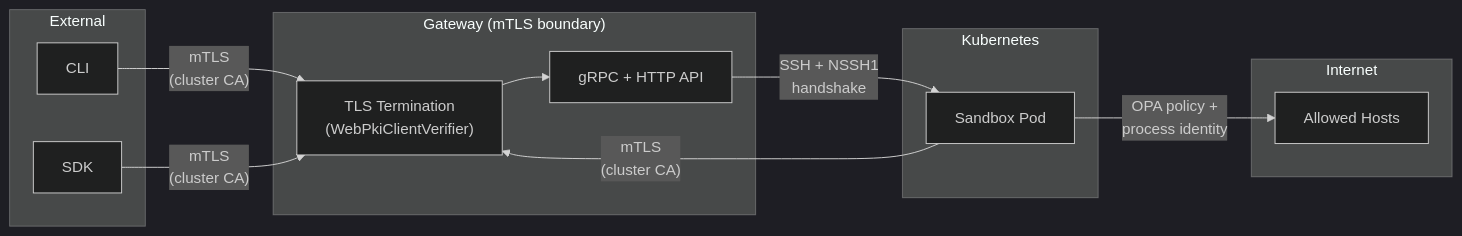
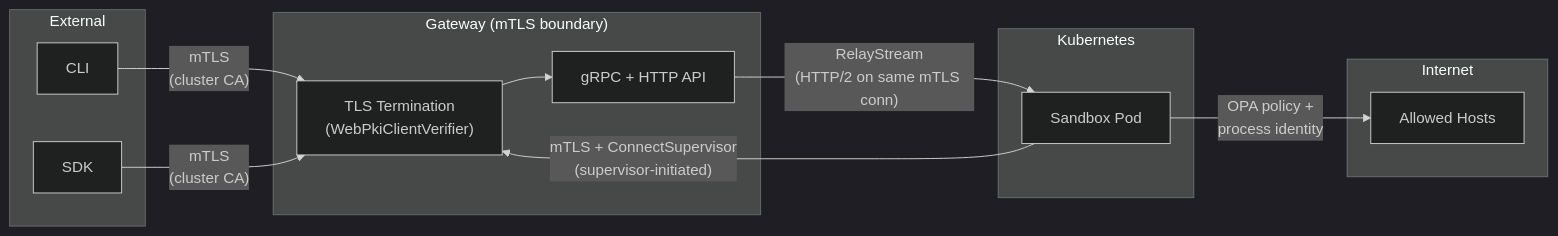
One commit to NVIDIA/OpenShell changed the third of 3 diagrams in architecture/gateway-security.md. Above: the diagram before and after it, drawn with Mermaid (dark theme). The commit also changed other lines of this file and 4 other files, not shown here.

First line of the commit message:
docs(architecture): describe supervisor-initiated relay model and drop historical prose

````diff
--- a/architecture/gateway-security.md
+++ b/architecture/gateway-security.md
@@ -305,27 +313,27 @@
 ```mermaid
 graph LR
     subgraph EXTERNAL["External"]
         CLI["CLI"]
         SDK["SDK"]
     end
 
     subgraph GW["Gateway (mTLS boundary)"]
         TLS["TLS Termination<br/>(WebPkiClientVerifier)"]
         API["gRPC + HTTP API"]
     end
 
     subgraph KUBE["Kubernetes"]
         SBX["Sandbox Pod"]
     end
 
     subgraph INET["Internet"]
         HOSTS["Allowed Hosts"]
     end
 
     CLI -- "mTLS<br/>(cluster CA)" --> TLS
     SDK -- "mTLS<br/>(cluster CA)" --> TLS
     TLS --> API
-    SBX -- "mTLS<br/>(cluster CA)" --> TLS
-    API -- "SSH + NSSH1<br/>handshake" --> SBX
+    SBX -- "mTLS + ConnectSupervisor<br/>(supervisor-initiated)" --> TLS
+    API -- "RelayStream<br/>(HTTP/2 on same mTLS conn)" --> SBX
     SBX -- "OPA policy +<br/>process identity" --> HOSTS
 ```
````
